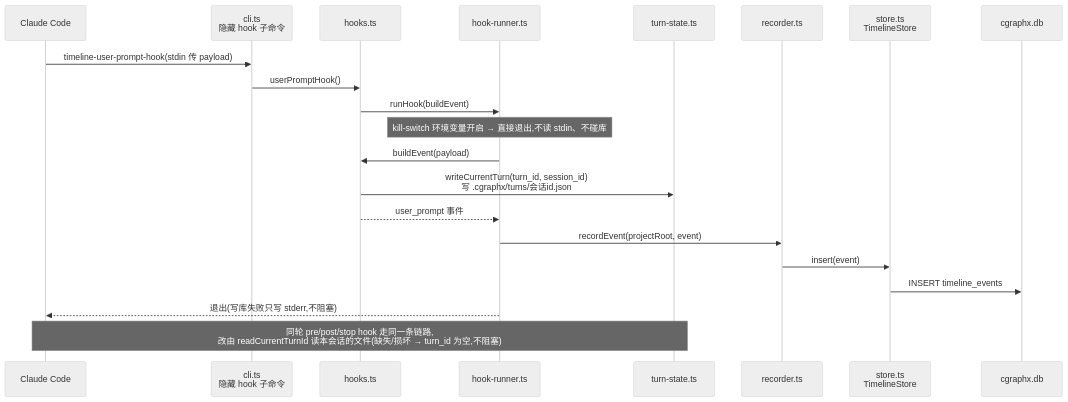
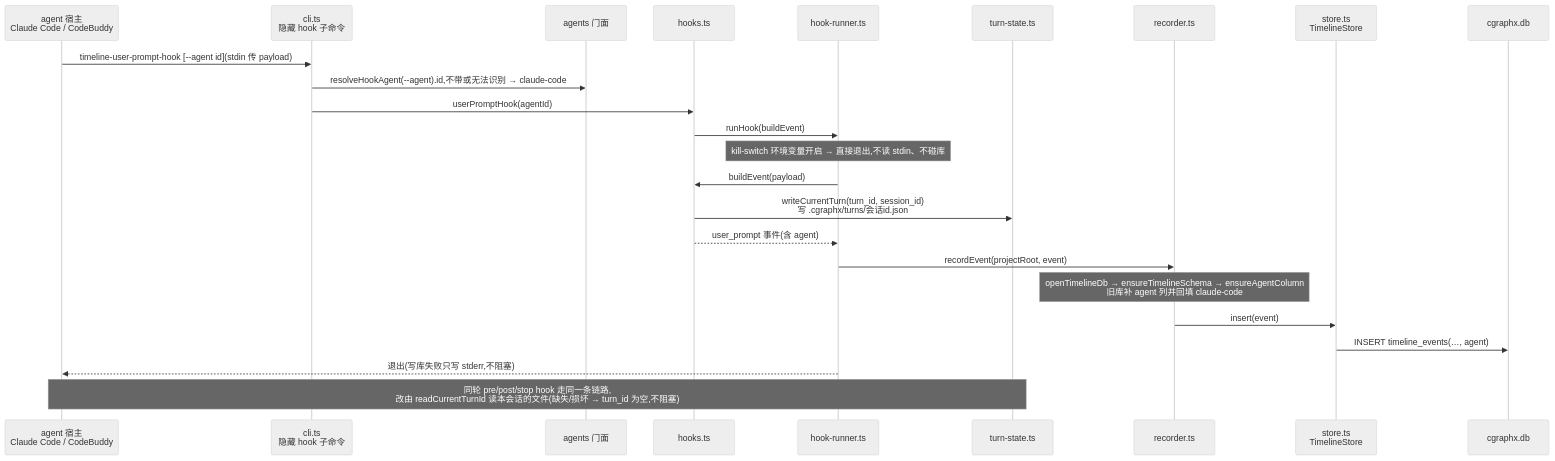
The first of 3 diagrams in docs/code-map/flows/开发时间线记录.md (smdnkB/cgraphx), drawn with Mermaid (neutral theme) before and after one commit. The commit also changed other lines of this file and 5 other files, not shown here.

First line of the commit message:
docs: 多 agent 适配知识沉淀 + 刷新代码地图

````diff
--- a/docs/code-map/flows/开发时间线记录.md
+++ b/docs/code-map/flows/开发时间线记录.md
@@ -37,24 +56,27 @@
 ```mermaid
 sequenceDiagram
-  participant CC as Claude Code
+  participant AG as agent 宿主<br/>Claude Code / CodeBuddy
   participant CLI as cli.ts<br/>隐藏 hook 子命令
+  participant AP as agents 门面
   participant H as hooks.ts
   participant RH as hook-runner.ts
   participant TS as turn-state.ts
   participant RC as recorder.ts
   participant ST as store.ts<br/>TimelineStore
   participant DB as cgraphx.db
 
-  CC->>CLI: timeline-user-prompt-hook(stdin 传 payload)
-  CLI->>H: userPromptHook()
+  AG->>CLI: timeline-user-prompt-hook [--agent id](stdin 传 payload)
+  CLI->>AP: resolveHookAgent(--agent).id,不带或无法识别 → claude-code
+  CLI->>H: userPromptHook(agentId)
   H->>RH: runHook(buildEvent)
   Note over RH: kill-switch 环境变量开启 → 直接退出,不读 stdin、不碰库
   RH->>H: buildEvent(payload)
   H->>TS: writeCurrentTurn(turn_id, session_id)<br/>写 .cgraphx/turns/会话id.json
-  H-->>RH: user_prompt 事件
+  H-->>RH: user_prompt 事件(含 agent)
   RH->>RC: recordEvent(projectRoot, event)
+  Note over RC: openTimelineDb → ensureTimelineSchema → ensureAgentColumn<br/>旧库补 agent 列并回填 claude-code
   RC->>ST: insert(event)
-  ST->>DB: INSERT timeline_events
-  RH-->>CC: 退出(写库失败只写 stderr,不阻塞)
-  Note over CC,TS: 同轮 pre/post/stop hook 走同一条链路,<br/>改由 readCurrentTurnId 读本会话的文件(缺失/损坏 → turn_id 为空,不阻塞)
+  ST->>DB: INSERT timeline_events(…, agent)
+  RH-->>AG: 退出(写库失败只写 stderr,不阻塞)
+  Note over AG,TS: 同轮 pre/post/stop hook 走同一条链路,<br/>改由 readCurrentTurnId 读本会话的文件(缺失/损坏 → turn_id 为空,不阻塞)
 ```
````
